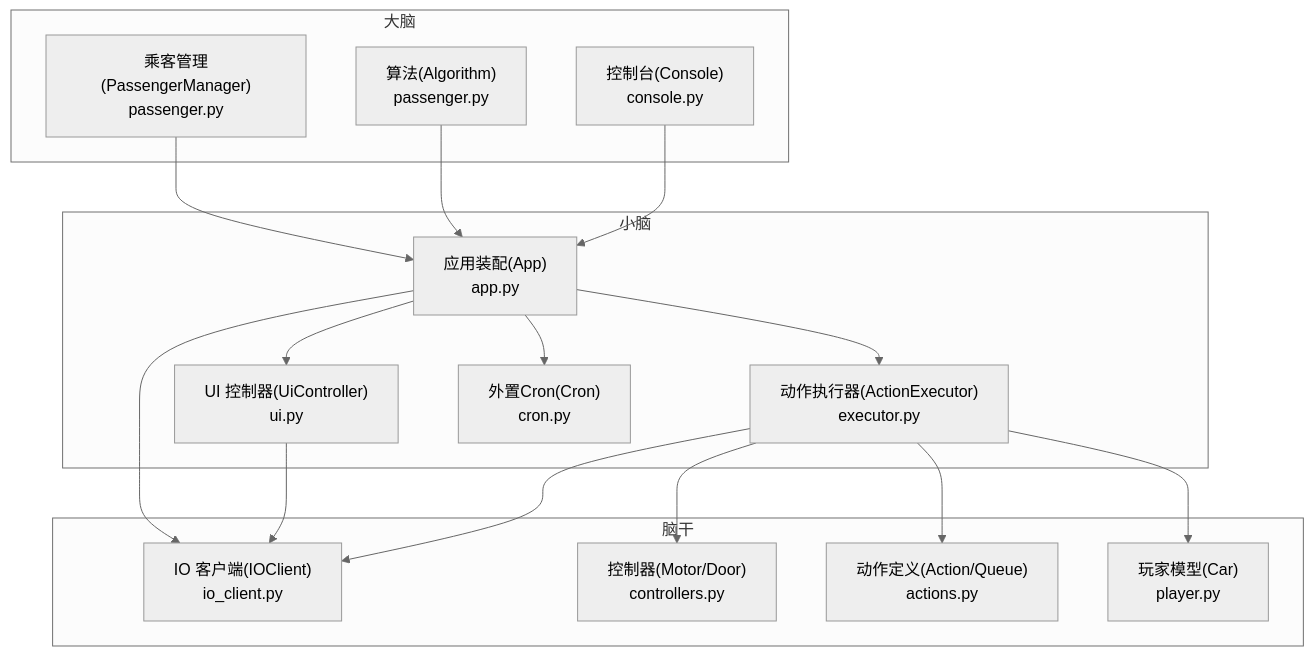
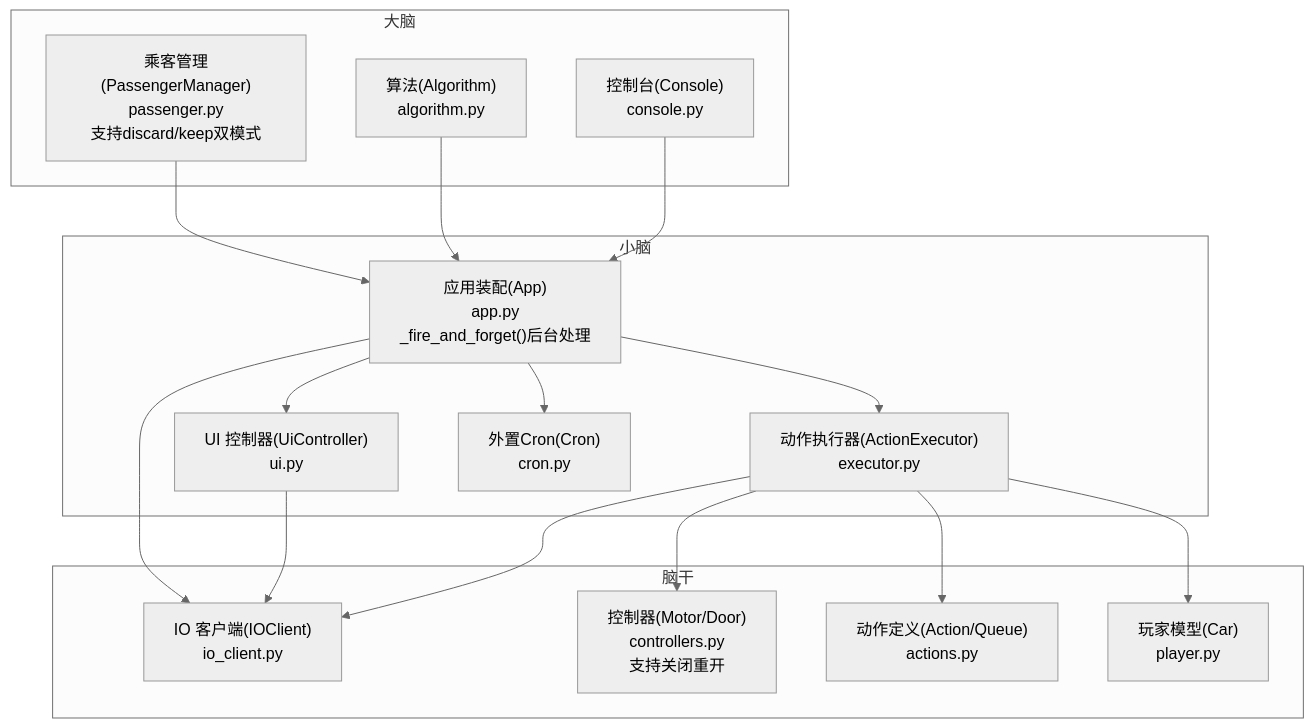
Before and after one commit to xmb505/Haku_EET: the first of 7 diagrams in .qoder/repowiki/zh/content/系统架构概览/系统架构概览.md, drawn with Mermaid (neutral theme). The commit also changed other lines of this file and 40 other files, not shown here.

````diff
--- a/.qoder/repowiki/zh/content/系统架构概览/系统架构概览.md
+++ b/.qoder/repowiki/zh/content/系统架构概览/系统架构概览.md
@@ -61,32 +62,32 @@
 ```mermaid
 graph TB
 subgraph "大脑"
-A["算法(Algorithm)<br/>passenger.py"]
-B["乘客管理(PassengerManager)<br/>passenger.py"]
+A["算法(Algorithm)<br/>algorithm.py"]
+B["乘客管理(PassengerManager)<br/>passenger.py<br/>支持discard/keep双模式"]
 C["控制台(Console)<br/>console.py"]
 end
 subgraph "小脑"
-D["应用装配(App)<br/>app.py"]
+D["应用装配(App)<br/>app.py<br/>_fire_and_forget()后台处理"]
 E["动作执行器(ActionExecutor)<br/>executor.py"]
 F["UI 控制器(UiController)<br/>ui.py"]
 G["外置Cron(Cron)<br/>cron.py"]
 end
 subgraph "脑干"
 H["IO 客户端(IOClient)<br/>io_client.py"]
-I["控制器(Motor/Door)<br/>controllers.py"]
+I["控制器(Motor/Door)<br/>controllers.py<br/>支持关闭重开"]
 J["动作定义(Action/Queue)<br/>actions.py"]
 K["玩家模型(Car)<br/>player.py"]
 end
 C --> D
 A --> D
 B --> D
 D --> E
 D --> F
 D --> G
 E --> I
 E --> H
 F --> H
 D --> H
 E --> J
 E --> K
 ```
````
